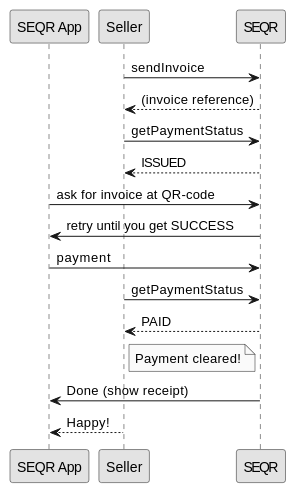
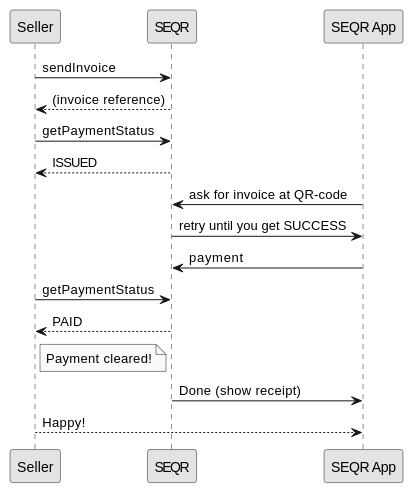
Before and after one commit to SeamlessDistribution/SeamlessDistribution.github.io: the diagram in merchant/payment/index.md, drawn with PlantUML.

Commit message:
Update index.md
- fixed the order of sequence diagram actors

```diff
--- a/merchant/payment/index.md
+++ b/merchant/payment/index.md
@@ -22,16 +22,18 @@
 @startuml
 skinparam monochrome true
+participant Seller
+participant SEQR
 participant "SEQR App" as SEQRApp
 Seller->SEQR: sendInvoice
 SEQR-->Seller: (invoice reference)
 Seller->SEQR: getPaymentStatus
 SEQR-->Seller: ISSUED
 SEQRApp->SEQR: ask for invoice at QR-code
 SEQR->SEQRApp: retry until you get SUCCESS
 SEQRApp->SEQR: payment
 Seller->SEQR: getPaymentStatus
 SEQR-->Seller: PAID
 Note right of Seller: Payment cleared!
 SEQR->SEQRApp: Done (show receipt)
 Seller-->SEQRApp: Happy!
 @enduml
```
